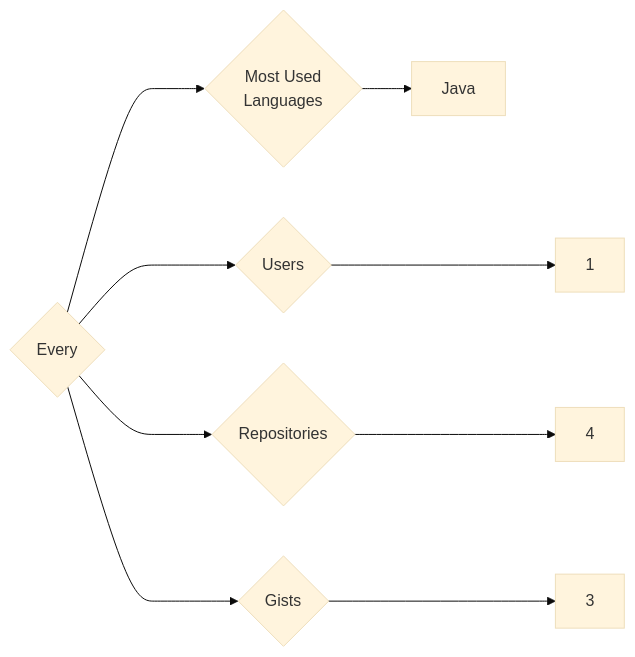
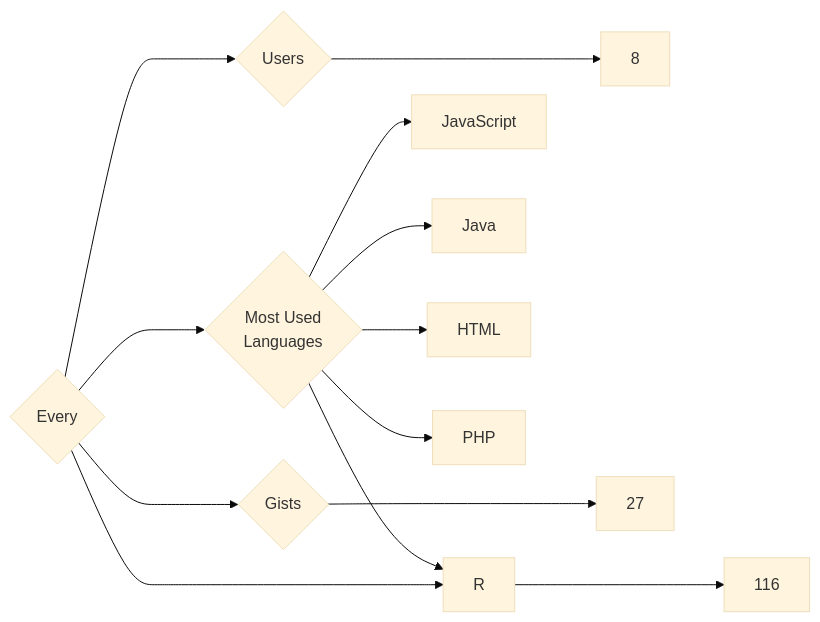
Before and after one commit to trickest/insiders: the diagram in targets/Every/README.md, drawn with Mermaid (base theme). The commit also changed 610 other files, not shown here.

````diff
--- a/targets/Every/README.md
+++ b/targets/Every/README.md
@@ -3,9 +3,13 @@
 ```mermaid
 graph LR
 COMPANY_NAME{Every}
-COMPANY_NAME ---> U{Users} ---> UN[1]
-COMPANY_NAME ---> R{Repositories} ---> RN[4]
-COMPANY_NAME ---> G{Gists} ---> GN[3]
+COMPANY_NAME ---> U{Users} ---> UN[8]
+COMPANY_NAME ---> R{Repositories} ---> RN[116]
+COMPANY_NAME ---> G{Gists} ---> GN[27]
 COMPANY_NAME ---> ML{Most Used<br>Languages}
+ML --> JavaScript[JavaScript]
 ML --> Java[Java]
+ML --> HTML[HTML]
+ML --> PHP[PHP]
+ML --> R[R]
 ```
````
